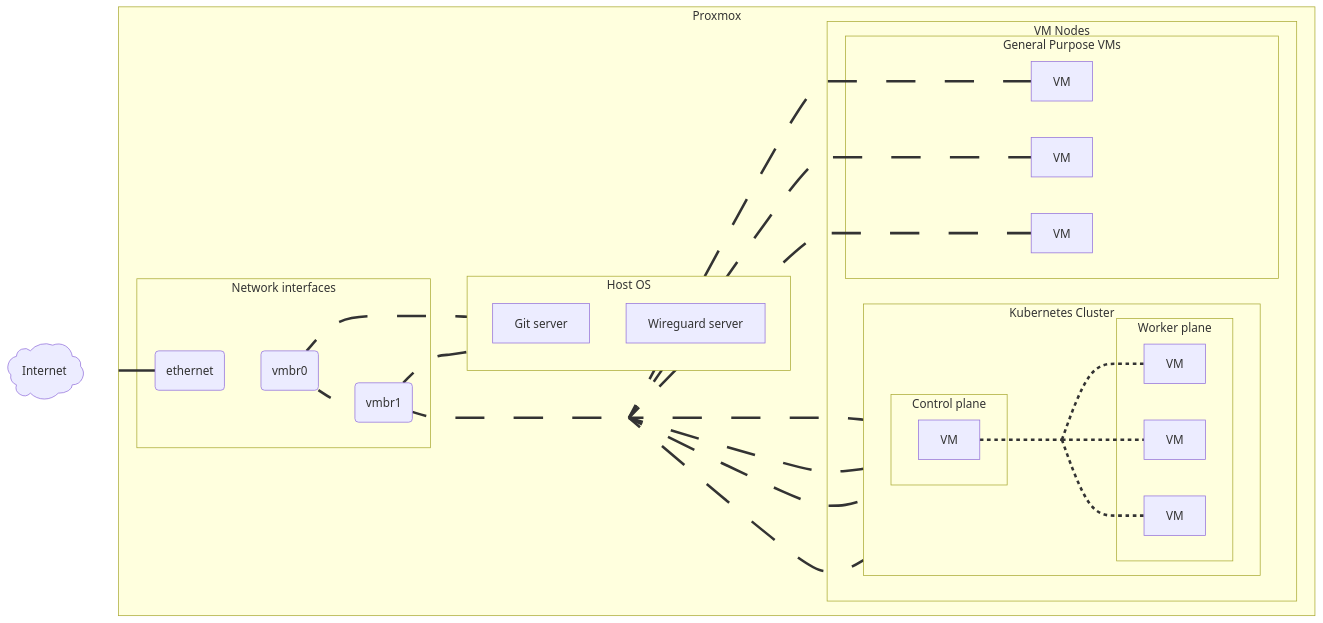
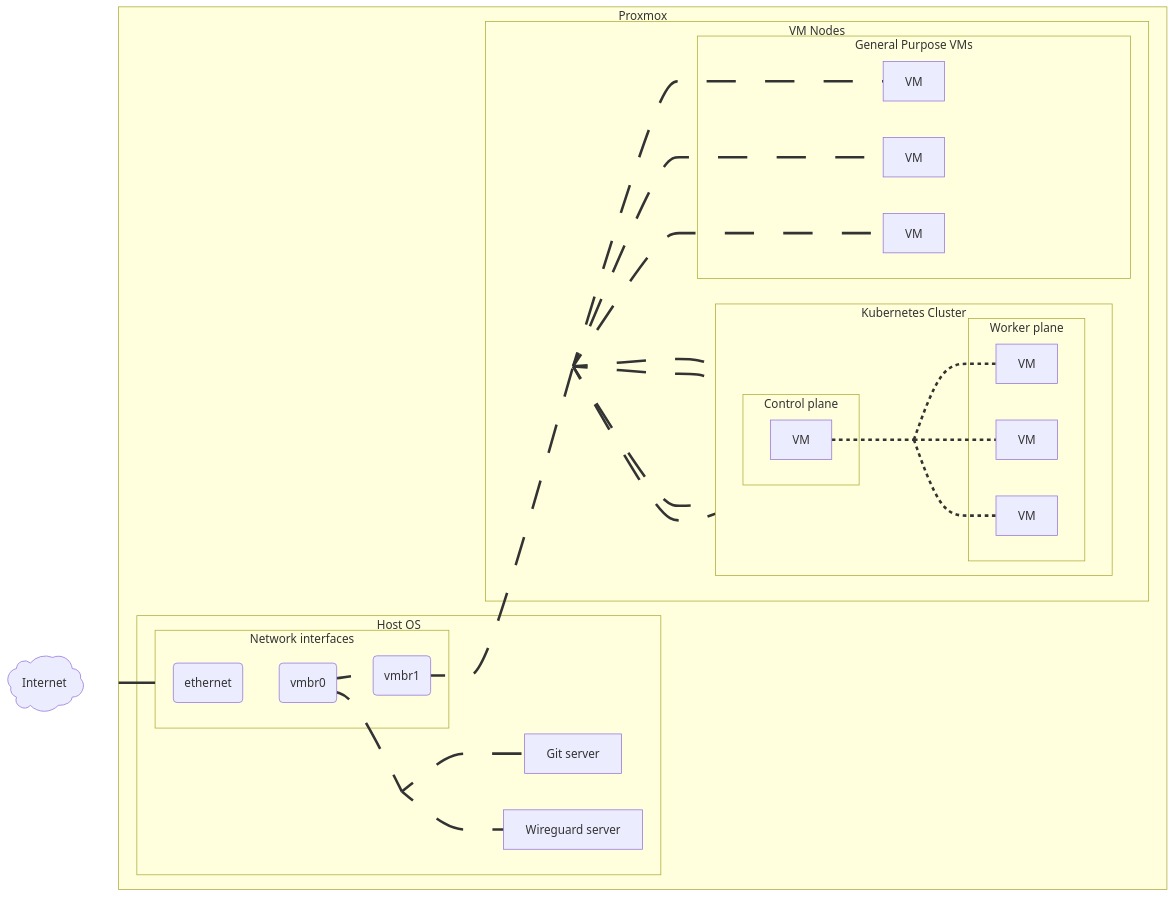
The diagram in README.md (PngWnA/Ploud), drawn with Mermaid before and after one commit. The commit also changed 1 other file, not shown here.

````diff
--- a/README.md
+++ b/README.md
@@ -5,69 +5,70 @@
 ```mermaid
 graph LR
   Internet
   subgraph Proxmox
     subgraph Hypervisor[Host OS]
+      hostanchor[ ]:::empty
       Gitea[Git server]
       Wireguard[Wireguard server]
+      subgraph Network [Network interfaces]
+        ethernet(ethernet)
+        vmbr0(vmbr0)
+        vmbr1(vmbr1)
+      end
     end
-    subgraph Network [Network interfaces]
-      ethernet(ethernet)
-      vmbr0(vmbr0)
-      vmbr1(vmbr1)
-    end
-    vmbranchor[ ]:::empty
     subgraph Nodes [VM Nodes]
+        vmbranchor[ ]:::empty
       subgraph k8s [Kubernetes Cluster]
         direction LR
         subgraph Control [Control plane]
           Sun[VM]
         end
         k8sanchor[ ]:::empty
         subgraph Worker [Worker plane]
           Mercury[VM]
           Venus[VM]
           Earth[VM]
         end
       end
       subgraph general [General Purpose VMs]
         alpha[VM]
         beta[VM]
         gamma[VM]
       end
     end
   end
 
   Internet eth0@=== ethernet eth1@=== vmbr0
   vmbr0 net0@=== vmbr1
-  vmbr0 net1@=== Hypervisor
+  vmbr0 net1@=== hostanchor
   
-  
-  vmbr1 net2@=== Hypervisor
   vmbr1 net3@=== vmbranchor
   
   vmbranchor net4@=== Sun
   vmbranchor net5@=== Mercury
   vmbranchor net6@=== Venus
   vmbranchor net7@=== Earth 
 
   vmbranchor net8@=== alpha
   vmbranchor net9@=== beta
   vmbranchor net10@=== gamma 
 
+  hostanchor net11@=== Gitea
+  hostanchor net12@=== Wireguard
   
   Sun calico0@=== k8sanchor
   k8sanchor calico1@=== Mercury
   k8sanchor calico2@=== Venus
   k8sanchor calico3@=== Earth
 
 
   %%% Style %%%
-  Internet@{ shape: cloud}
+  Internet@{ shape: cloud }
   classDef empty width: 0
   classDef duplex stroke-dasharray: 50, stroke-dashoffset: 250, animation: dash 3s linear infinite alternate;
   classDef calico stroke-dasharray: 5, stroke-dashoffset: 50, animation: dash 0.5s linear infinite alternate;
   classDef vmbr stroke-dasharray: 40, stroke-dashoffset: 500, animation: dash 5s linear infinite alternate;  
   class eth0,eth1,eth2 duplex
   class calico0,calico1,calico2,calico3 calico
-  class net0,net1,net2,net3,net4,net5,net6,net7,net8,net9,net10 vmbr
+  class net0,net1,net2,net3,net4,net5,net6,net7,net8,net9,net10,net11,net12,net13 vmbr
 ```
````
